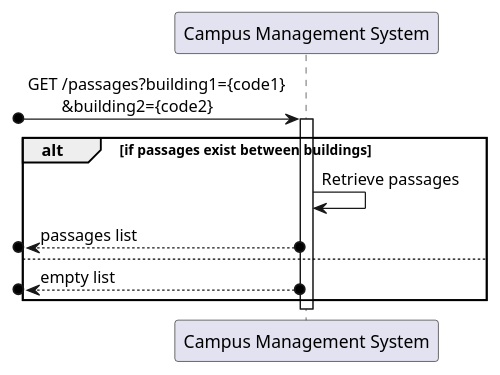
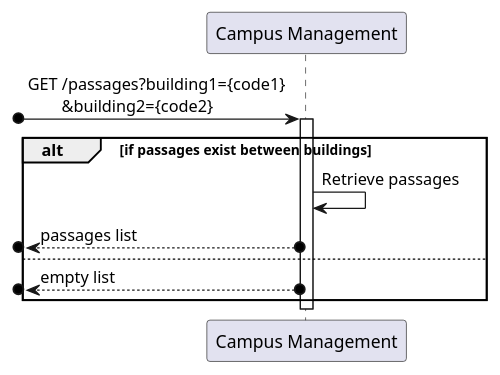
Before and after one commit to winqus/RobDroneGo: the diagram in docs/US/ID-300/SD lv1.puml, drawn with PlantUML. The commit also changed 5 other files, not shown here.

```diff
--- a/docs/US/ID-300/SD lv1.puml
+++ b/docs/US/ID-300/SD lv1.puml
@@ -1,17 +1,17 @@
 @startuml SD Lv1
 
-participant "Campus Management System" as system
+participant "Campus Management" as system
 
 [o-> system : GET /passages?building1={code1}\n\t&building2={code2}
 activate system
 
 alt if passages exist between buildings
     system -> system : Retrieve passages
     [o<--o system : passages list
 else
     [o<--o system : empty list
 end
 
 deactivate system
 
 @enduml
```
